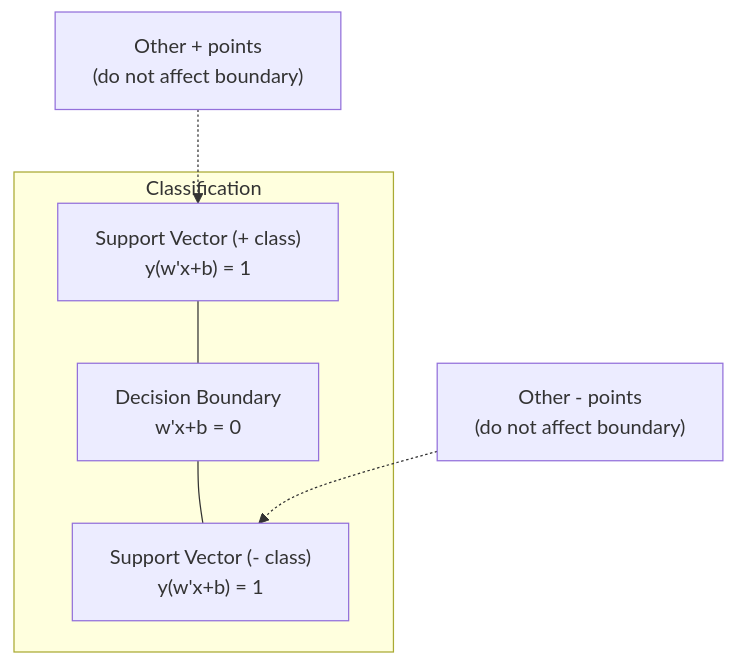
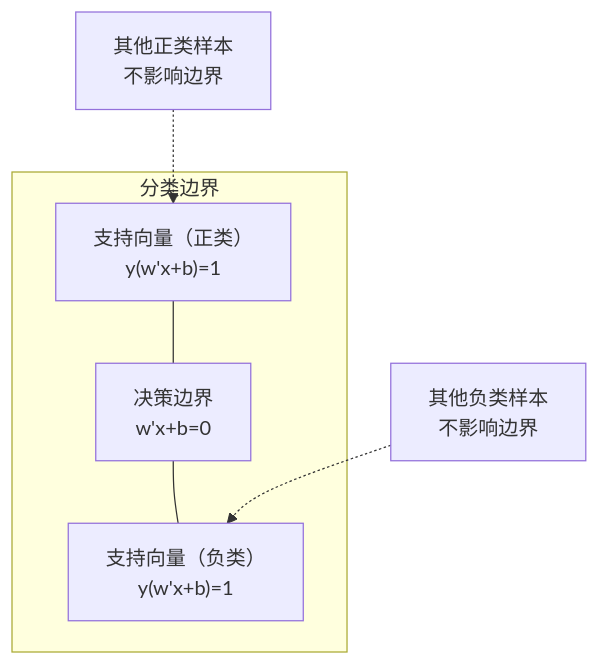
One commit to omigaZen/ai-engineering-from-scratch changed the second of 3 diagrams in phases/02-ml-fundamentals/05-support-vector-machines/docs/zh.md. Above: the diagram before and after it, drawn with Mermaid. The commit also changed other lines of this file and 3 other files, not shown here.

````diff
--- a/phases/02-ml-fundamentals/05-support-vector-machines/docs/zh.md
+++ b/phases/02-ml-fundamentals/05-support-vector-machines/docs/zh.md
@@ -90,9 +70,9 @@
 ```mermaid
 graph TD
-    subgraph Classification
-        SV1["Support Vector (+ class)<br>y(w'x+b) = 1"] --- DB["Decision Boundary<br>w'x+b = 0"]
-        DB --- SV2["Support Vector (- class)<br>y(w'x+b) = 1"]
+    subgraph 分类边界
+        SV1["支持向量（正类）<br>y(w'x+b)=1"] --- DB["决策边界<br>w'x+b=0"]
+        DB --- SV2["支持向量（负类）<br>y(w'x+b)=1"]
     end
-    O1["Other + points<br>(do not affect boundary)"] -.-> SV1
-    O2["Other - points<br>(do not affect boundary)"] -.-> SV2
+    O1["其他正类样本<br>不影响边界"] -.-> SV1
+    O2["其他负类样本<br>不影响边界"] -.-> SV2
 ```
````
